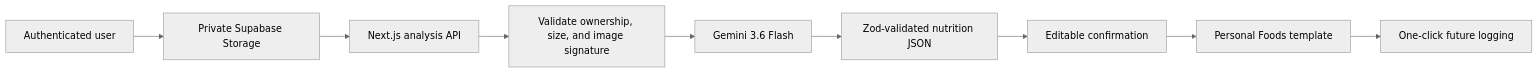
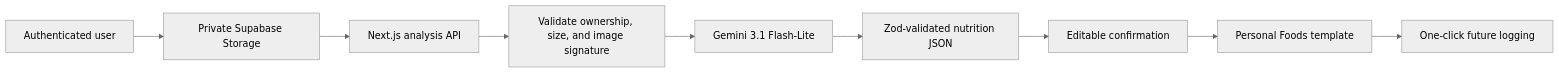
The diagram in README.md (AmmarBinYasir489/calories-counter), drawn with Mermaid (neutral theme) before and after one commit. The commit also changed other lines of this file and 9 other files, not shown here.

````diff
--- a/README.md
+++ b/README.md
@@ -33,11 +34,11 @@
 ```mermaid
 flowchart LR
     A["Authenticated user"] --> B["Private Supabase Storage"]
     B --> C["Next.js analysis API"]
     C --> D["Validate ownership, size, and image signature"]
-    D --> E["Gemini 3.6 Flash"]
+    D --> E["Gemini 3.1 Flash-Lite"]
     E --> F["Zod-validated nutrition JSON"]
     F --> G["Editable confirmation"]
     G --> H["Personal Foods template"]
     H --> I["One-click future logging"]
 ```
````
